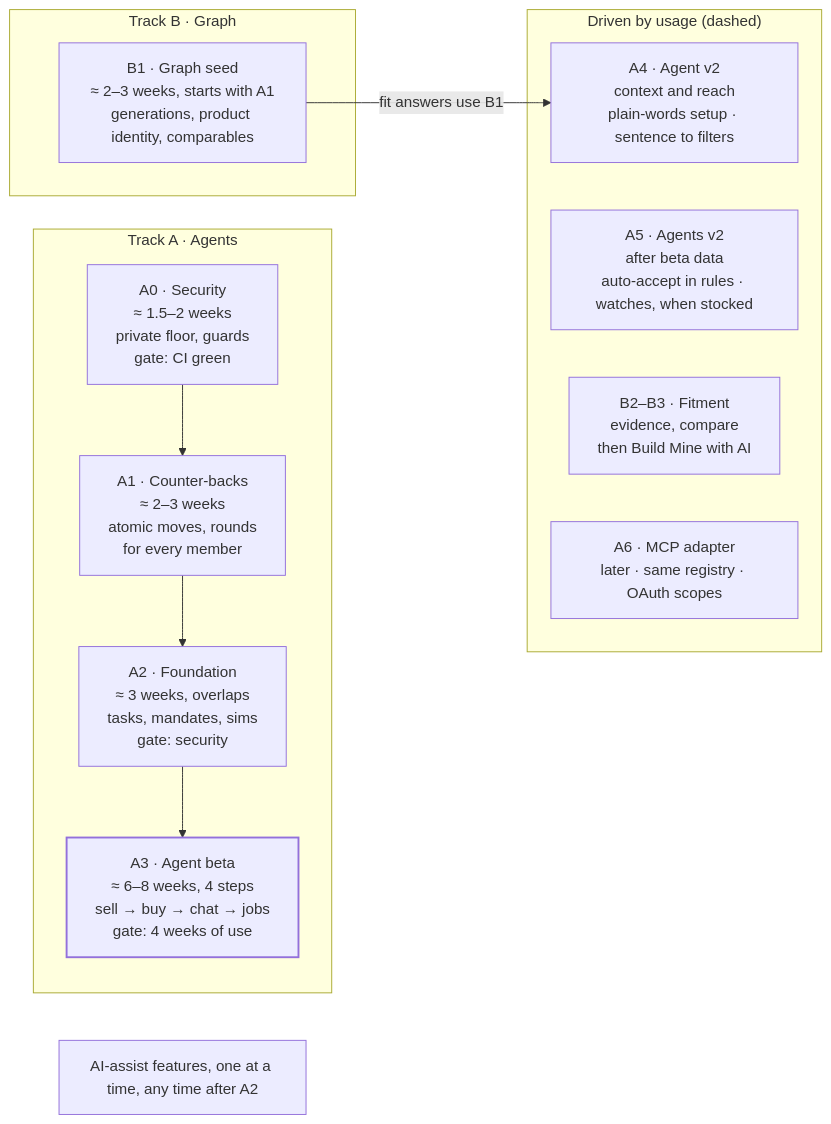
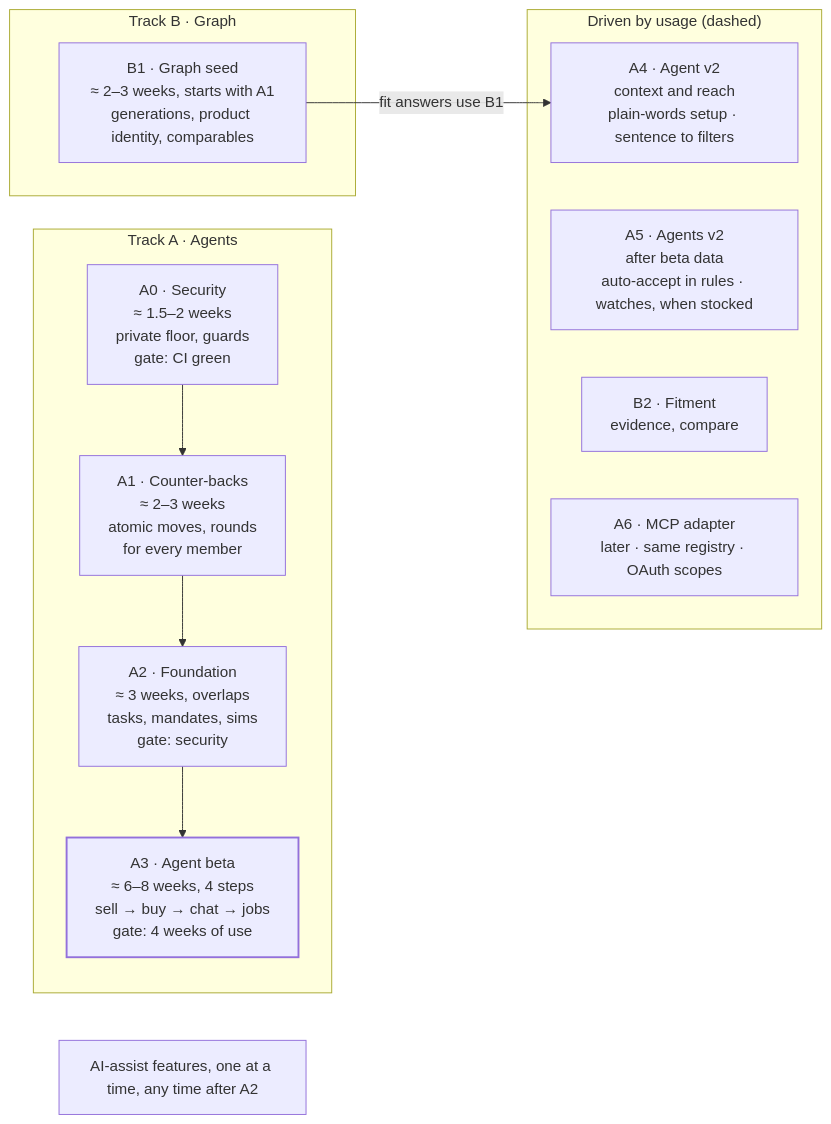
One commit to n89b-dot/DRVN-2 changed the second of 2 diagrams in docs/plans/2026-10-agent-and-graph-plan.md. Above: the diagram before and after it, drawn with Mermaid. The commit also changed other lines of this file and 1 other file, not shown here.

First line of the commit message:
docs(plan): B3 build intelligence is not being built

````diff
--- a/docs/plans/2026-10-agent-and-graph-plan.md
+++ b/docs/plans/2026-10-agent-and-graph-plan.md
@@ -224,18 +224,18 @@
 ```mermaid
 flowchart LR
   subgraph A["Track A · Agents"]
     A0["A0 · Security<br/>≈ 1.5–2 weeks<br/>private floor, guards<br/>gate: CI green"] --> A1["A1 · Counter-backs<br/>≈ 2–3 weeks<br/>atomic moves, rounds<br/>for every member"] --> A2["A2 · Foundation<br/>≈ 3 weeks, overlaps<br/>tasks, mandates, sims<br/>gate: security"] --> A3["A3 · Agent beta<br/>≈ 6–8 weeks, 4 steps<br/>sell → buy → chat → jobs<br/>gate: 4 weeks of use"]
   end
   subgraph B["Track B · Graph"]
     B1["B1 · Graph seed<br/>≈ 2–3 weeks, starts with A1<br/>generations, product identity, comparables"]
   end
   assist["AI-assist features, one at a time, any time after A2"]
   subgraph L["Driven by usage (dashed)"]
     A4["A4 · Agent v2<br/>context and reach<br/>plain-words setup · sentence to filters"]
     A5["A5 · Agents v2<br/>after beta data<br/>auto-accept in rules · watches, when stocked"]
-    B23["B2–B3 · Fitment<br/>evidence, compare<br/>then Build Mine with AI"]
+    B23["B2 · Fitment<br/>evidence, compare"]
     A6["A6 · MCP adapter<br/>later · same registry · OAuth scopes"]
   end
   B1 -- "fit answers use B1" --> A4
   style A3 stroke-width:2px
 ```
````
